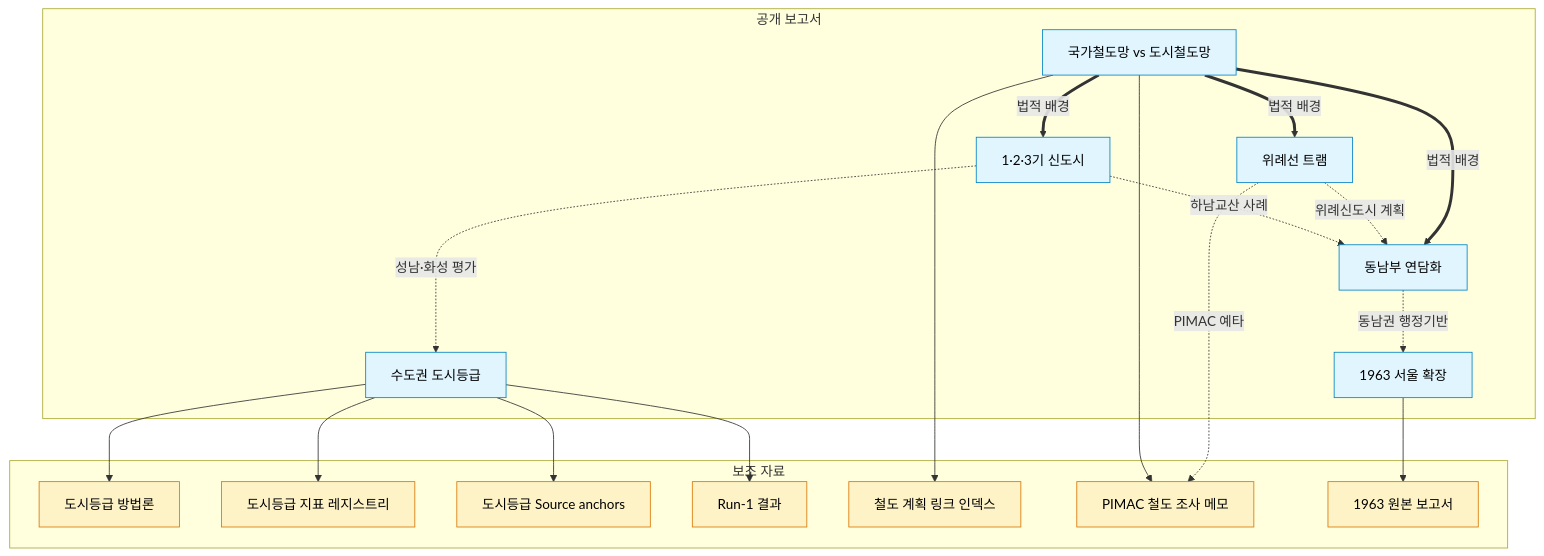
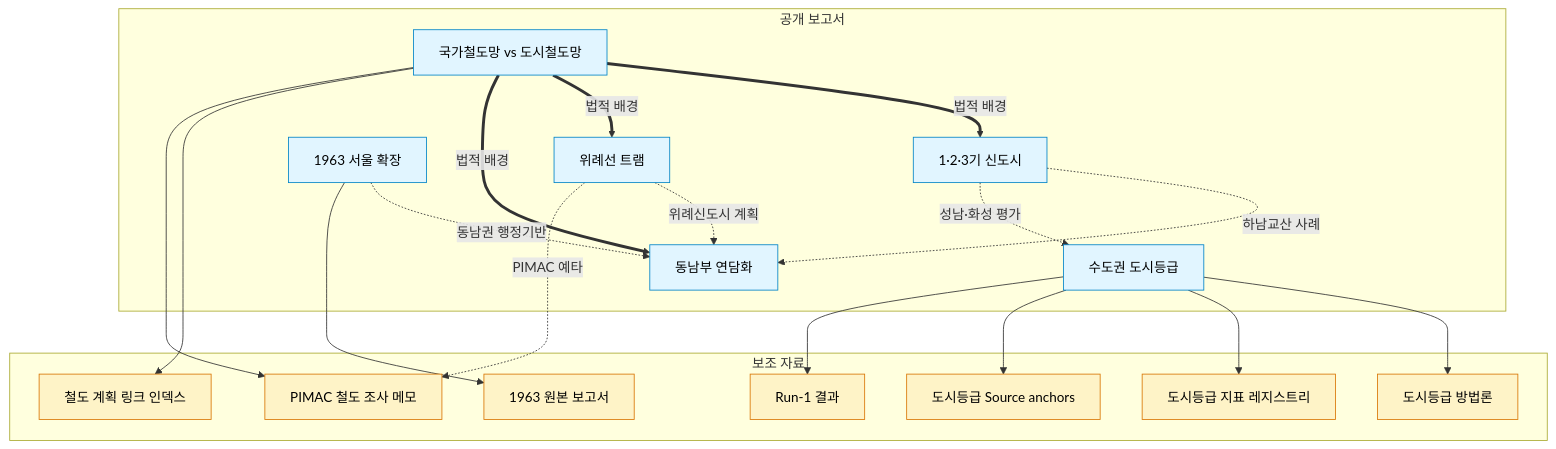
The diagram in README.md (payolajoker/report), drawn with Mermaid before and after one commit. The commit also changed 1 other file, not shown here.

Commit message:
Task 3: add tram cross references and fix README graph
Ultraworked with [Sisyphus](https://github.com/code-yeongyu/oh-my-openagent)

````diff
--- a/README.md
+++ b/README.md
@@ -9,45 +9,45 @@
 ```mermaid
 graph TD
     subgraph Reports["공개 보고서"]
         R1["1·2·3기 신도시"]
         R2["위례선 트램"]
         R3["동남부 연담화"]
         R4["1963 서울 확장"]
         R5["국가철도망 vs 도시철도망"]
         R6["수도권 도시등급"]
     end
 
     subgraph Supplements["보조 자료"]
         S1["도시등급 방법론"]
         S2["도시등급 지표 레지스트리"]
         S3["도시등급 Source anchors"]
         S4["Run-1 결과"]
         S5["철도 계획 링크 인덱스"]
         S6["PIMAC 철도 조사 메모"]
         S7["1963 원본 보고서"]
     end
 
     R1 -.하남교산 사례.-> R3
     R1 -.성남·화성 평가.-> R6
     R2 -.위례신도시 계획.-> R3
-    R3 -.동남권 행정기반.-> R4
+    R4 -.동남권 행정기반.-> R3
     R5 ==법적 배경==> R1
     R5 ==법적 배경==> R2
     R5 ==법적 배경==> R3
 
     R6 --> S1
     R6 --> S2
     R6 --> S3
     R6 --> S4
 
     R5 --> S5
     R5 --> S6
     R2 -.PIMAC 예타.-> S6
 
     R4 --> S7
 
     classDef report fill:#e1f5ff,stroke:#0284c7,color:#000
     classDef supp fill:#fef3c7,stroke:#d97706,color:#000
     class R1,R2,R3,R4,R5,R6 report
     class S1,S2,S3,S4,S5,S6,S7 supp
 ```
````
